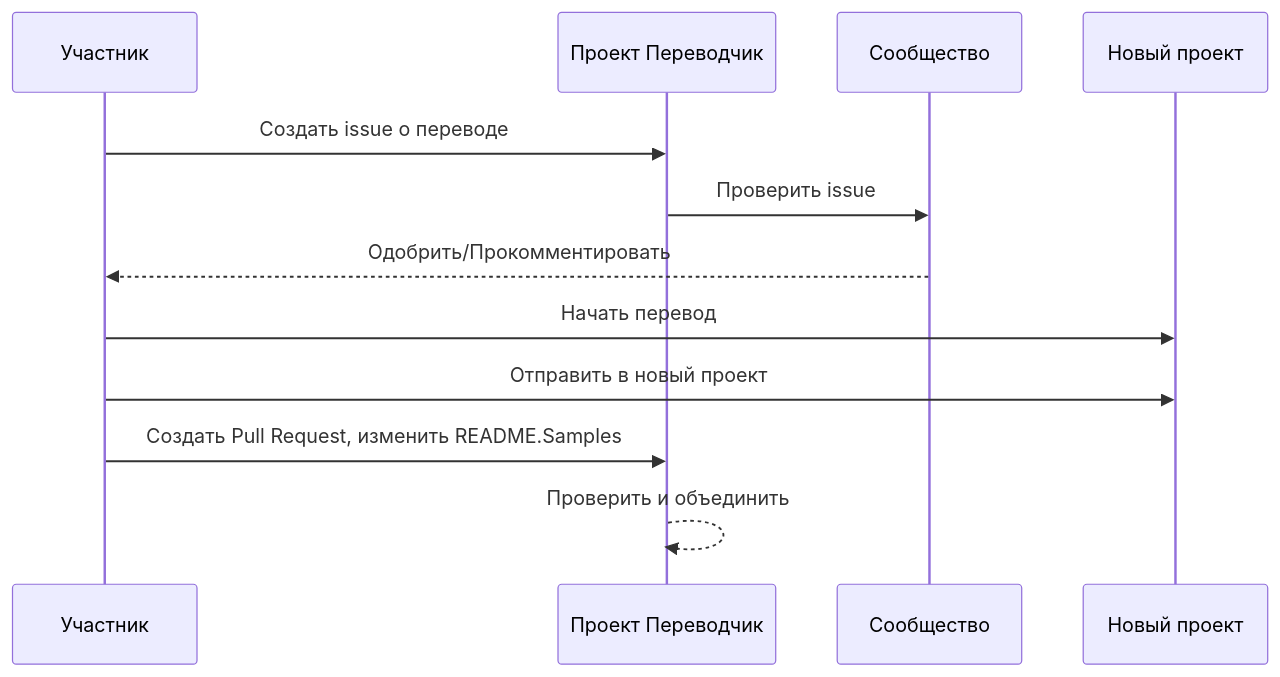
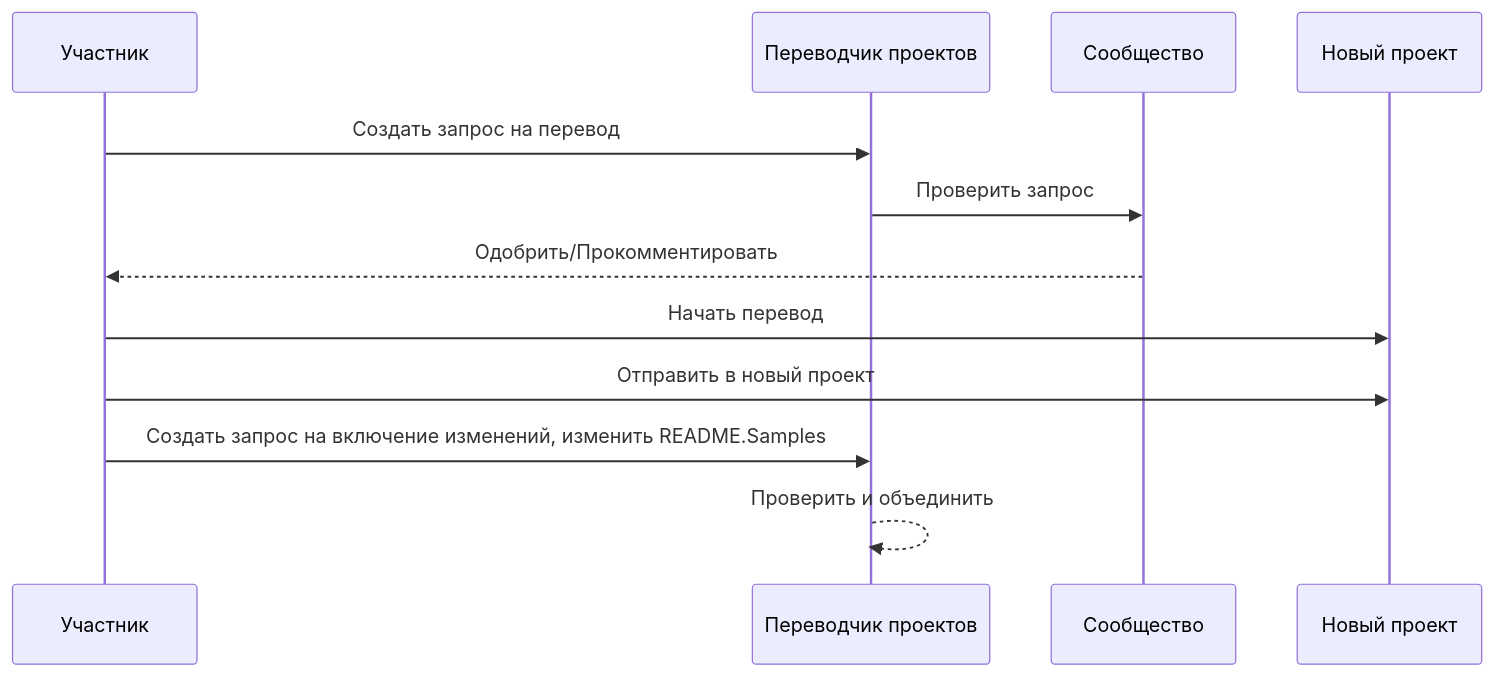
One commit to Project-Translation/project_translator changed the diagram in readmes/README.ru-ru.md. Above: the diagram before and after it, drawn with Mermaid. The commit also changed other lines of this file and 73 other files, not shown here.

````diff
--- a/readmes/README.ru-ru.md
+++ b/readmes/README.ru-ru.md
@@ -51,10 +50,10 @@
 ```mermaid
 sequenceDiagram
-  Участник->>Проект Переводчик: Создать issue о переводе
-  Проект Переводчик->>Сообщество: Проверить issue
+  Участник->>Переводчик проектов: Создать запрос на перевод
+  Переводчик проектов->>Сообщество: Проверить запрос
   Сообщество-->>Участник: Одобрить/Прокомментировать
   Участник->>Новый проект: Начать перевод
   Участник->>Новый проект: Отправить в новый проект
-  Участник->>Проект Переводчик: Создать Pull Request, изменить README.Samples
-  Проект Переводчик-->>Проект Переводчик: Проверить и объединить
+  Участник->>Переводчик проектов: Создать запрос на включение изменений, изменить README.Samples
+  Переводчик проектов-->>Переводчик проектов: Проверить и объединить
 ```
````
